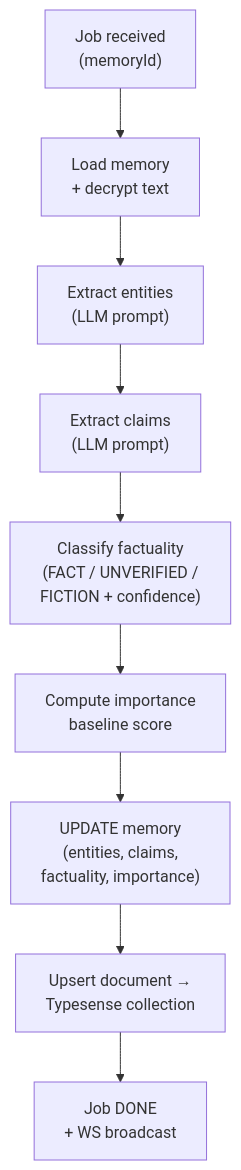
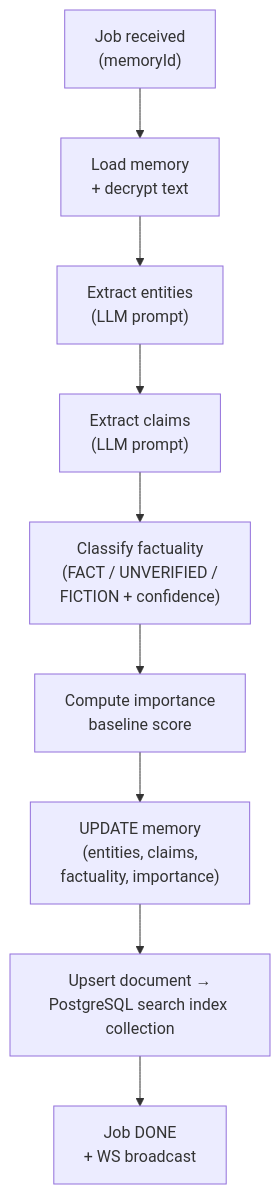
The sixth of 20 diagrams in docs/architecture/LLD.md (botmem/botmem), drawn with Mermaid before and after one commit. The commit also changed other lines of this file and 117 other files, not shown here.

Commit message:
feat: move search index into postgres

````diff
--- a/docs/architecture/LLD.md
+++ b/docs/architecture/LLD.md
@@ -402,11 +406,11 @@
 ```mermaid
 flowchart TD
     Start["Job received<br/>(memoryId)"] --> Load["Load memory<br/>+ decrypt text"]
     Load --> Entities["Extract entities<br/>(LLM prompt)"]
     Entities --> Claims["Extract claims<br/>(LLM prompt)"]
     Claims --> Factuality["Classify factuality<br/>(FACT / UNVERIFIED /<br/>FICTION + confidence)"]
     Factuality --> Importance["Compute importance<br/>baseline score"]
     Importance --> UpdateMem["UPDATE memory<br/>(entities, claims,<br/>factuality, importance)"]
-    UpdateMem --> Upsert["Upsert document →<br/>Typesense collection"]
+    UpdateMem --> Upsert["Upsert document →<br/>PostgreSQL search index collection"]
     Upsert --> Done["Job DONE<br/>+ WS broadcast"]
 ```
````
